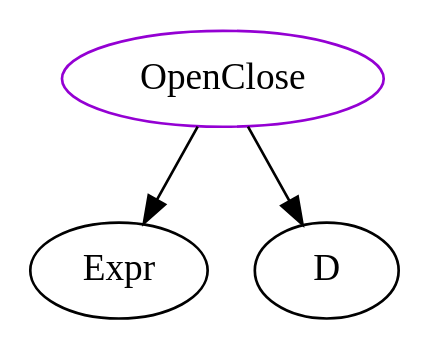
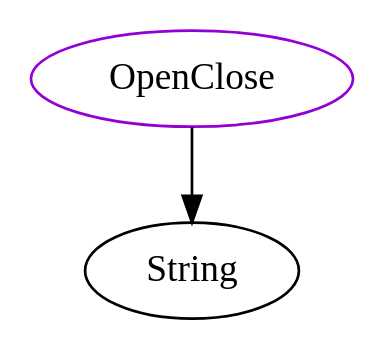
One commit to JacquesCarette/Drasil changed the diagram in analysis/TypeDependencyGraphs/printers/OpenClose.dot. Above: the diagram before and after it, drawn with Graphviz. The commit also changed 1209 other files, not shown here.

```diff
--- a/analysis/TypeDependencyGraphs/printers/OpenClose.dot
+++ b/analysis/TypeDependencyGraphs/printers/OpenClose.dot
@@ -1,5 +1,4 @@
 digraph openclose{
 OpenClose	[shape=oval, color=darkviolet, label="OpenClose"];
-OpenClose -> Expr;
-OpenClose -> D;
+OpenClose -> String;
 }
```
